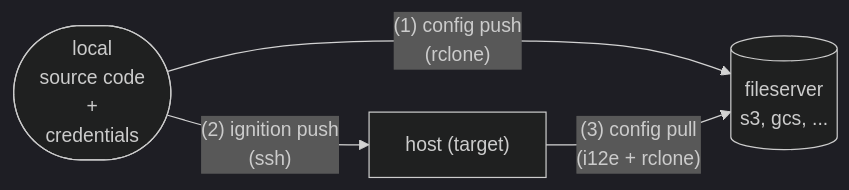
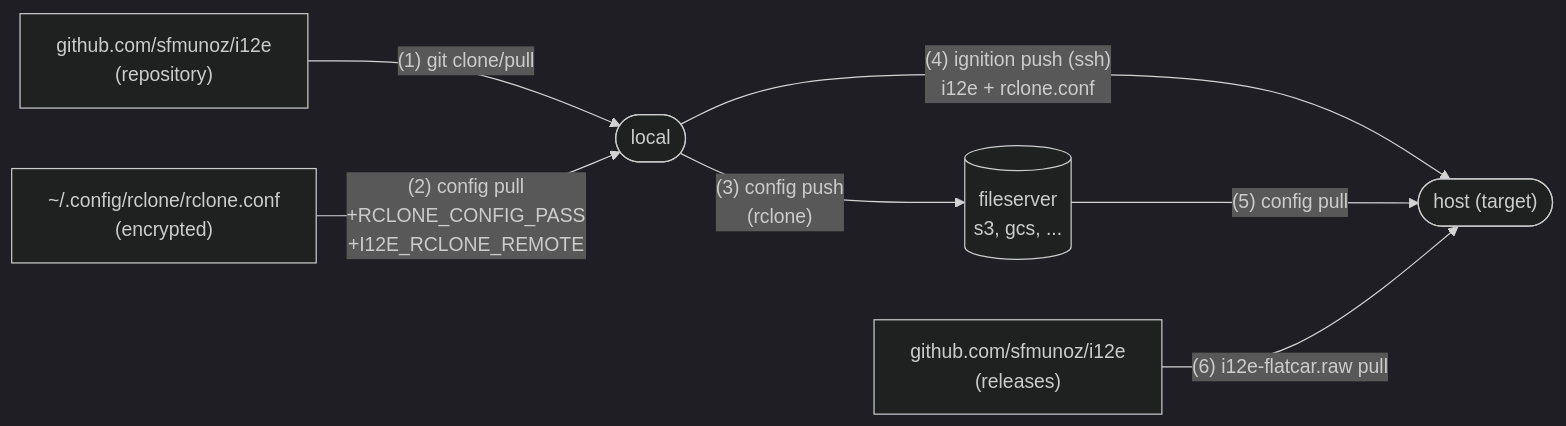
The diagram in README.md (sfmunoz/i12e), drawn with Mermaid (dark theme) before and after one commit.

Commit message:
README.md: Architecture provided with some missing elements

````diff
--- a/README.md
+++ b/README.md
@@ -36,9 +36,15 @@
 ```mermaid
 flowchart LR
-    local(["local<br/>source code<br/>+<br/>credentials"])
+    github_repo["github.com/sfmunoz/i12e<br/>(repository)"]
+    github_rel["github.com/sfmunoz/i12e<br/>(releases)"]
+    rclone_conf["~/.config/rclone/rclone.conf<br/>(encrypted)"]
+    local(["local"])
     fs[("fileserver<br/>s3, gcs, ...")] 
-    host["host (target)"]
-    local -->|"(1) config push<br/>(rclone)"| fs
-    local -->|"(2) ignition push<br/>(ssh)"| host
-    host -->|"(3) config pull<br/>(i12e + rclone)"| fs
+    host(["host (target)"])
+    github_repo -->|"(1) git clone/pull"| local
+    rclone_conf -->|"(2) config pull<br/>+RCLONE_CONFIG_PASS<br/>+I12E_RCLONE_REMOTE"| local
+    local -->|"(3) config push<br/>(rclone)"| fs
+    local -->|"(4) ignition push (ssh)<br/>i12e + rclone.conf"| host
+    fs -->|"(5) config pull"| host
+    github_rel -->|"(6) i12e-flatcar.raw pull"| host
 ```
````
